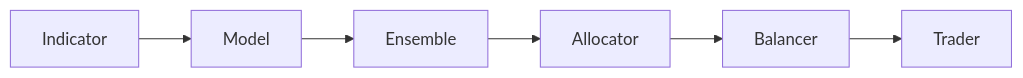
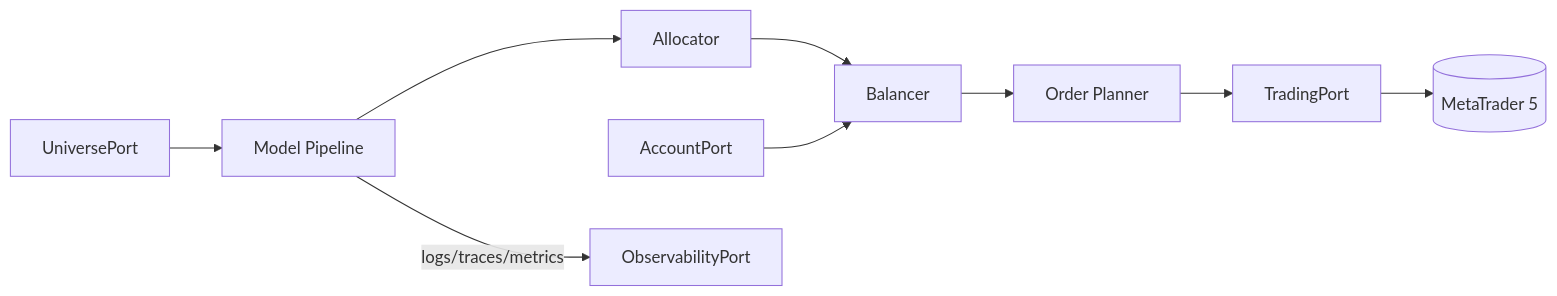
One commit to HenriqueCotta/Tycherion changed the diagram in README.md. Above: the diagram before and after it, drawn with Mermaid. The commit also changed other lines of this file and 46 other files, not shown here.

````diff
--- a/README.md
+++ b/README.md
@@ -243,5 +36,11 @@
 ```mermaid
-graph LR
-A[Indicator] --> B[Model] --> C[Ensemble]
-C --> D[Allocator] --> E[Balancer] --> F[Trader]
+flowchart LR
+  Universe[UniversePort] --> Pipeline[Model Pipeline]
+  Pipeline --> Allocator
+  Allocator --> Balancer
+  Balancer --> Orders[Order Planner]
+  Orders --> Trader[TradingPort]
+  Trader --> MT5[(MetaTrader 5)]
+  Account[AccountPort] --> Balancer
+  Pipeline -->|logs/traces/metrics| Obs[ObservabilityPort]
 ```
````
